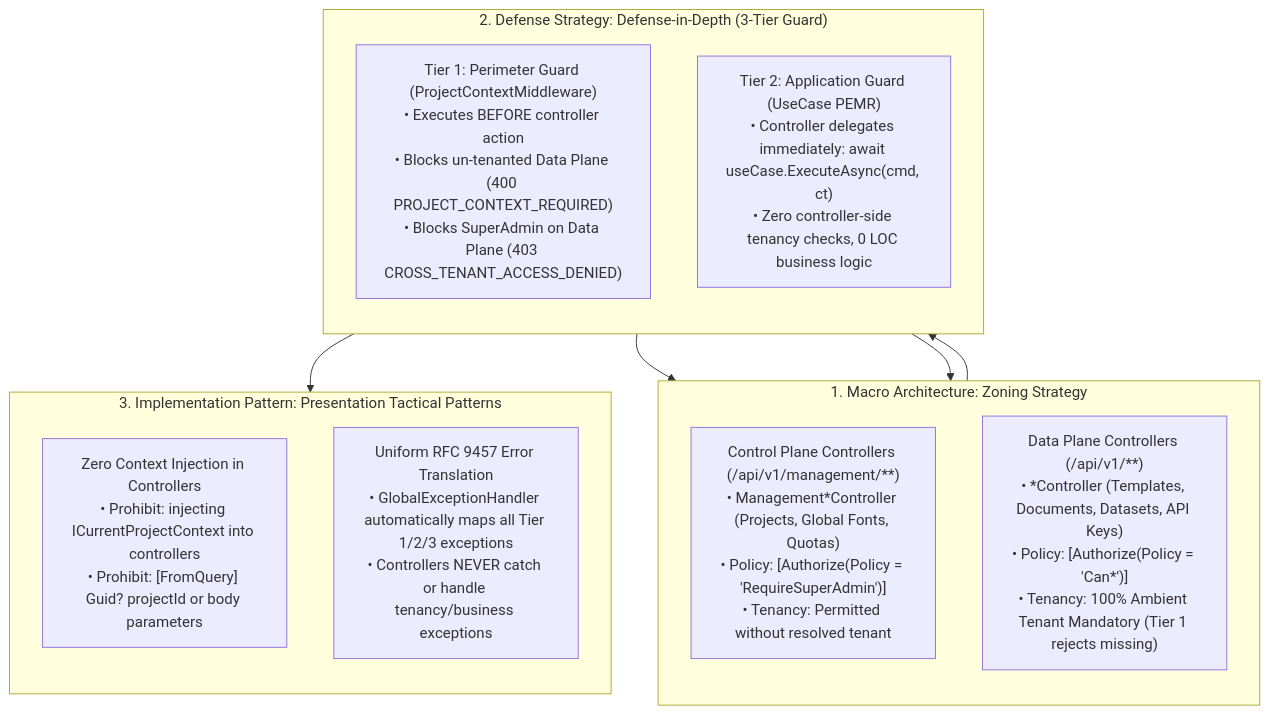
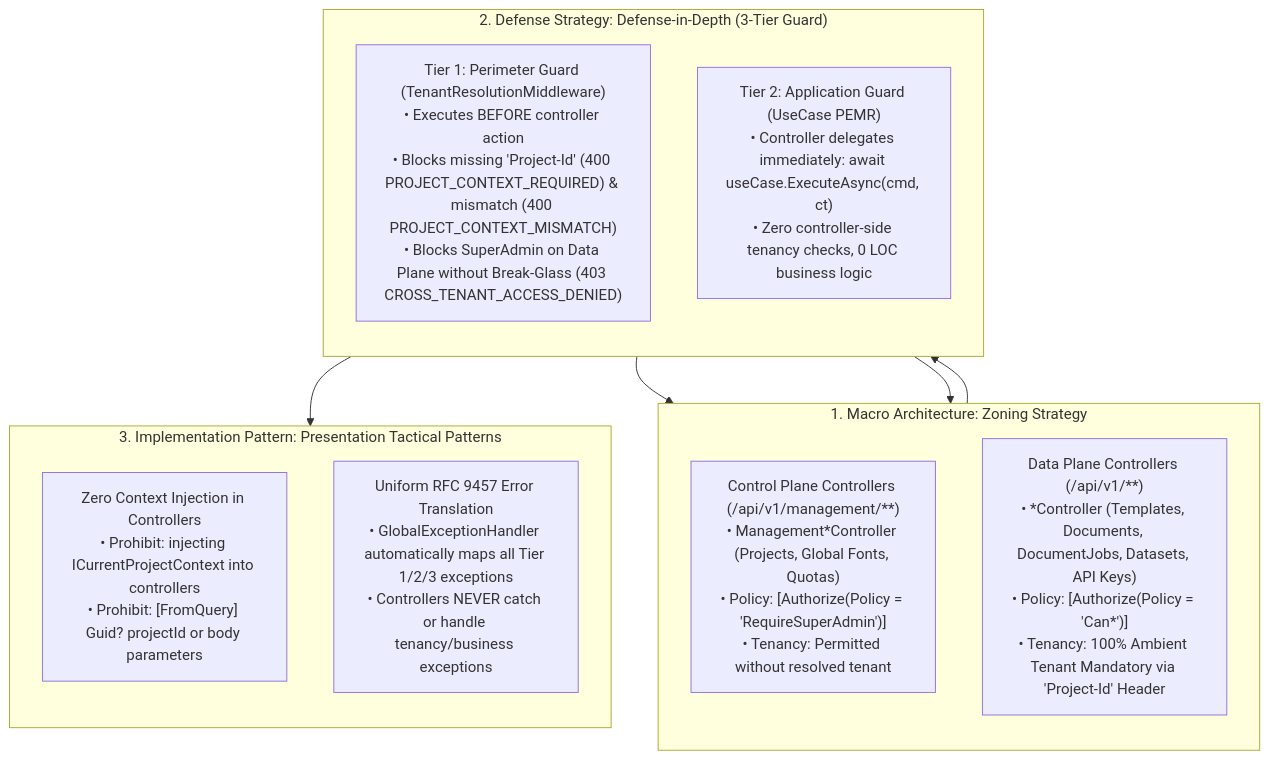
One commit to suang05/doc_template changed the diagram in specs/01_clean_arch_patterns/04_api_presentation_layer.md. Above: the diagram before and after it, drawn with Mermaid. The commit also changed other lines of this file and 17 other files, not shown here.

Commit message:
feat: add backend v2 build configuration, banned symbols, and core architecture specifications

````diff
--- a/specs/01_clean_arch_patterns/04_api_presentation_layer.md
+++ b/specs/01_clean_arch_patterns/04_api_presentation_layer.md
@@ -23,25 +23,25 @@
 ```mermaid
 flowchart TD
     subgraph Macro ["1. Macro Architecture: Zoning Strategy"]
         direction TB
         CP_Ctrl["Control Plane Controllers (/api/v1/management/**)\n• Management*Controller (Projects, Global Fonts, Quotas)\n• Policy: [Authorize(Policy = 'RequireSuperAdmin')]\n• Tenancy: Permitted without resolved tenant"]
-        DP_Ctrl["Data Plane Controllers (/api/v1/**)\n• *Controller (Templates, Documents, Datasets, API Keys)\n• Policy: [Authorize(Policy = 'Can*')]\n• Tenancy: 100% Ambient Tenant Mandatory (Tier 1 rejects missing)"]
+        DP_Ctrl["Data Plane Controllers (/api/v1/**)\n• *Controller (Templates, Documents, DocumentJobs, Datasets, API Keys)\n• Policy: [Authorize(Policy = 'Can*')]\n• Tenancy: 100% Ambient Tenant Mandatory via 'Project-Id' Header"]
     end
 
     subgraph Defense ["2. Defense Strategy: Defense-in-Depth (3-Tier Guard)"]
         direction TB
-        T1["Tier 1: Perimeter Guard (ProjectContextMiddleware)\n• Executes BEFORE controller action\n• Blocks un-tenanted Data Plane (400 PROJECT_CONTEXT_REQUIRED)\n• Blocks SuperAdmin on Data Plane (403 CROSS_TENANT_ACCESS_DENIED)"]
+        T1["Tier 1: Perimeter Guard (TenantResolutionMiddleware)\n• Executes BEFORE controller action\n• Blocks missing 'Project-Id' (400 PROJECT_CONTEXT_REQUIRED) & mismatch (400 PROJECT_CONTEXT_MISMATCH)\n• Blocks SuperAdmin on Data Plane without Break-Glass (403 CROSS_TENANT_ACCESS_DENIED)"]
         T2["Tier 2: Application Guard (UseCase PEMR)\n• Controller delegates immediately: await useCase.ExecuteAsync(cmd, ct)\n• Zero controller-side tenancy checks, 0 LOC business logic"]
         T1 --> CP_Ctrl
         T1 --> DP_Ctrl
         DP_Ctrl --> T2
     end
 
     subgraph Tactical ["3. Implementation Pattern: Presentation Tactical Patterns"]
         direction TB
         TP1["Zero Context Injection in Controllers\n• Prohibit: injecting ICurrentProjectContext into controllers\n• Prohibit: [FromQuery] Guid? projectId or body parameters"]
         TP2["Uniform RFC 9457 Error Translation\n• GlobalExceptionHandler automatically maps all Tier 1/2/3 exceptions\n• Controllers NEVER catch or handle tenancy/business exceptions"]
     end
 
     T2 --> Tactical
 ```
````
